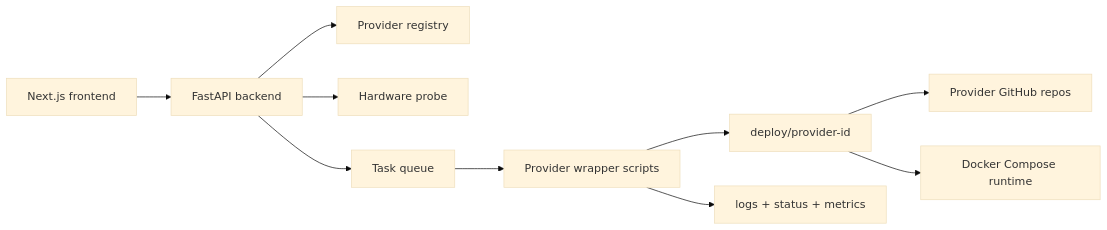
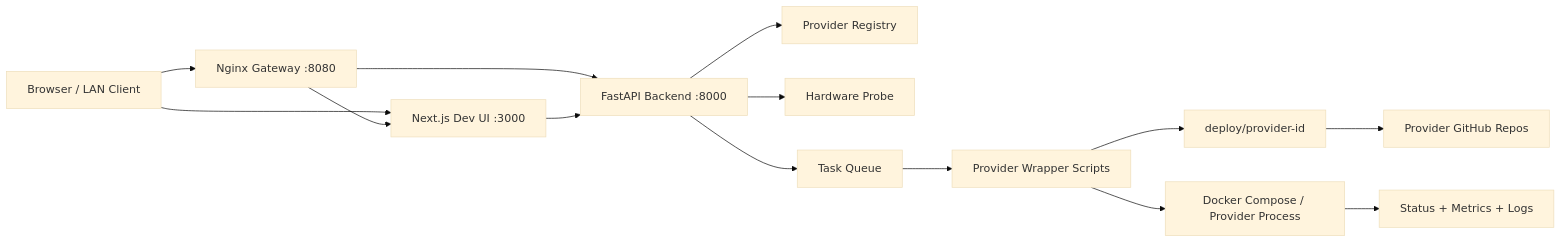
One commit to ambrouse/frontend-test changed the diagram in README.md. Above: the diagram before and after it, drawn with Mermaid (base theme). The commit also changed other lines of this file and 5 other files, not shown here.

````diff
--- a/README.md
+++ b/README.md
@@ -113,12 +165,16 @@
 ```mermaid
 flowchart LR
-  UI[Next.js frontend] --> API[FastAPI backend]
-  API --> Registry[Provider registry]
-  API --> Hardware[Hardware probe]
-  API --> Tasks[Task queue]
-  Tasks --> Scripts[Provider wrapper scripts]
+  Browser[Browser / LAN Client] --> Gateway[Nginx Gateway :8080]
+  Browser --> UI[Next.js Dev UI :3000]
+  Gateway --> UI
+  Gateway --> API[FastAPI Backend :8000]
+  UI --> API
+  API --> Registry[Provider Registry]
+  API --> Hardware[Hardware Probe]
+  API --> Tasks[Task Queue]
+  Tasks --> Scripts[Provider Wrapper Scripts]
   Scripts --> Deploy[deploy/provider-id]
-  Scripts --> Logs[logs + status + metrics]
-  Deploy --> GitHub[Provider GitHub repos]
-  Deploy --> Docker[Docker Compose runtime]
+  Scripts --> Runtime[Docker Compose / Provider Process]
+  Runtime --> Logs[Status + Metrics + Logs]
+  Deploy --> GitHub[Provider GitHub Repos]
 ```
````
